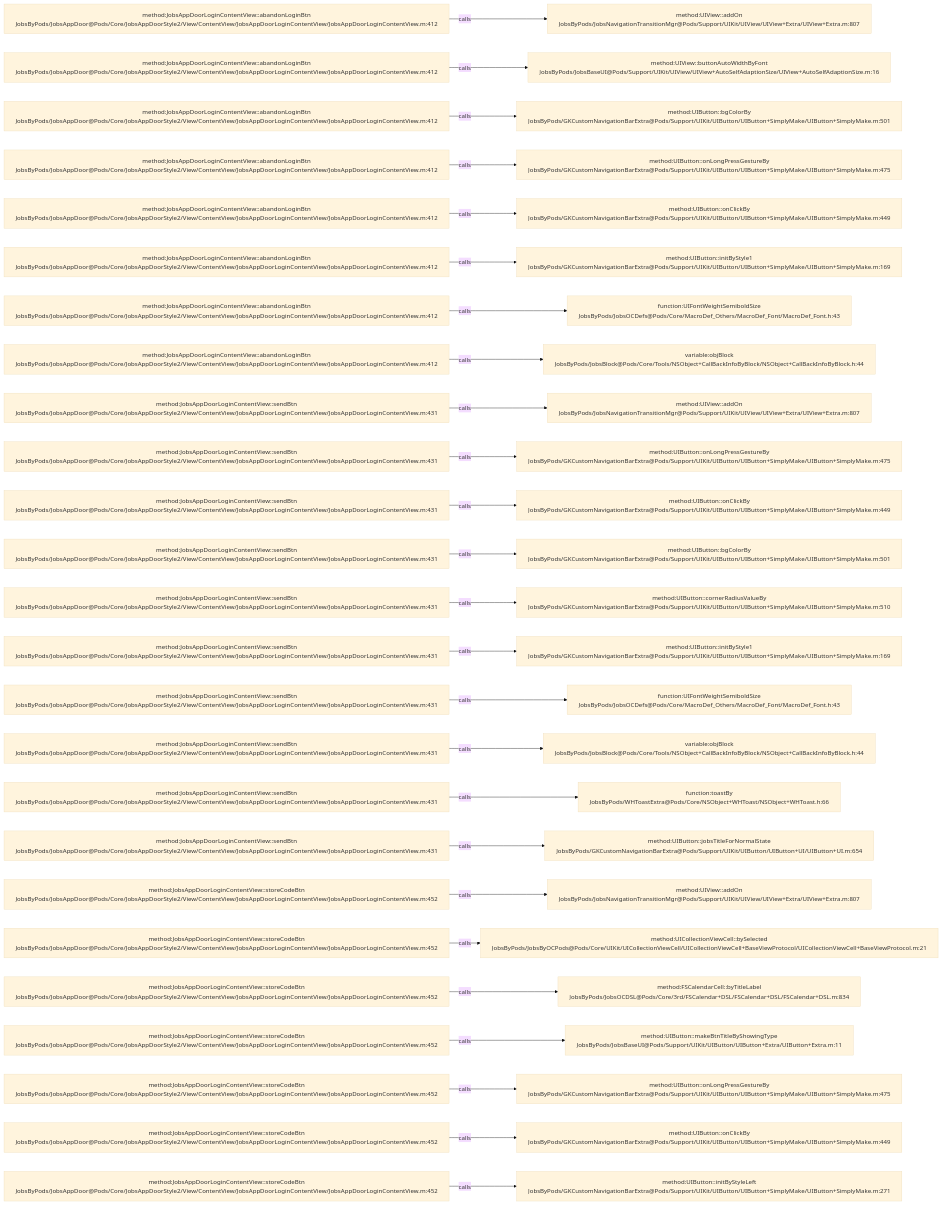
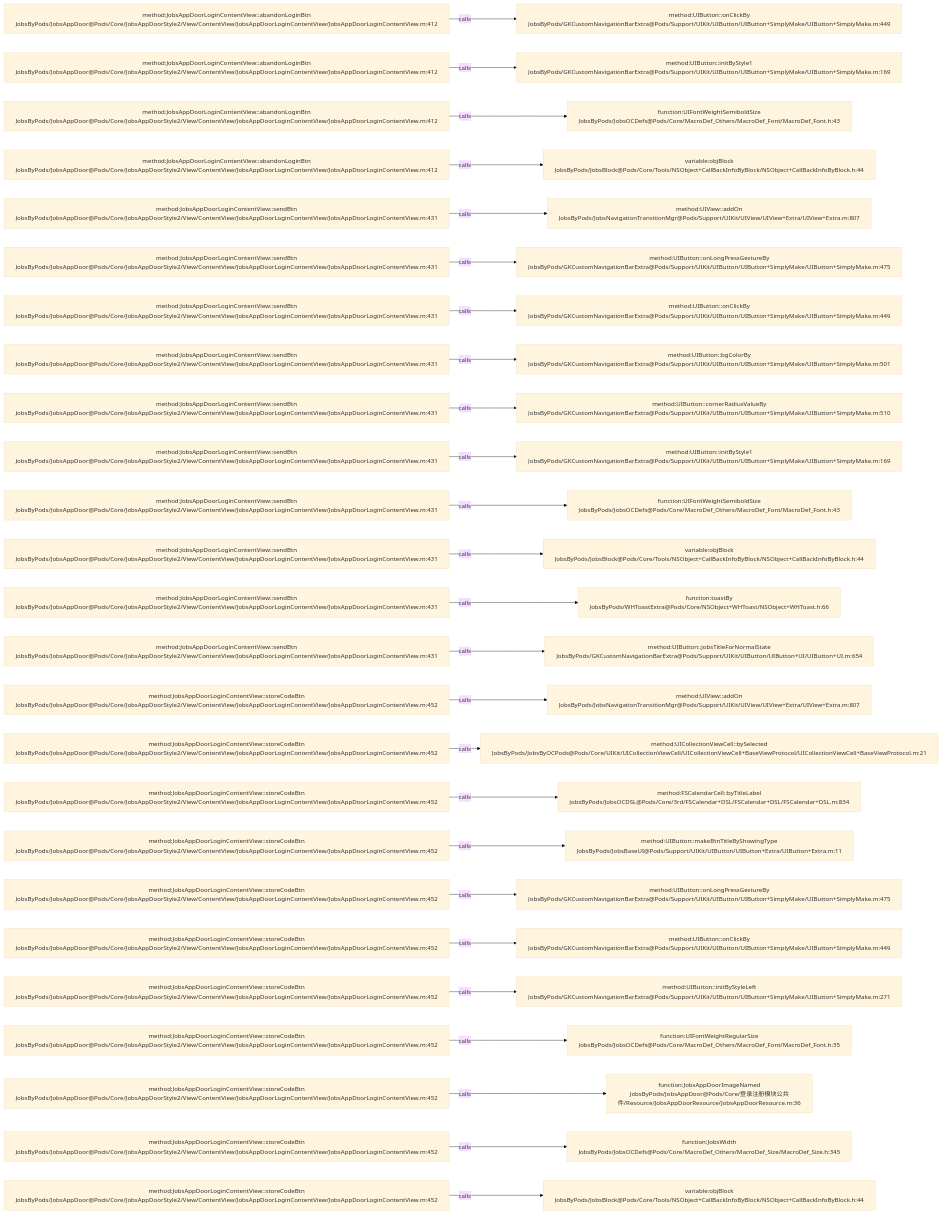
One commit to JobsKits/JobsOCBaseConfigDemo changed the diagram in .codegraph/codegraph.md/graphs/calls-122.md. Above: the diagram before and after it, drawn with Mermaid (base theme). The commit also changed 116 other files, not shown here.

````diff
--- a/.codegraph/codegraph.md/graphs/calls-122.md
+++ b/.codegraph/codegraph.md/graphs/calls-122.md
@@ -13,78 +13,78 @@
 ```mermaid
 flowchart LR
   S1["method:JobsAppDoorLoginContentView::abandonLoginBtn<br/>JobsByPods/JobsAppDoor@Pods/Core/JobsAppDoorStyle2/View/ContentView/JobsAppDoorLoginContentView/JobsAppDoorLoginContentView.m:412"]
-  T1["method:UIView::addOn<br/>JobsByPods/JobsNavigationTransitionMgr@Pods/Support/UIKit/UIView/UIView+Extra/UIView+Extra.m:807"]
+  T1["method:UIButton::onClickBy<br/>JobsByPods/GKCustomNavigationBarExtra@Pods/Support/UIKit/UIButton/UIButton+SimplyMake/UIButton+SimplyMake.m:449"]
   S1 -->|calls| T1
   S2["method:JobsAppDoorLoginContentView::abandonLoginBtn<br/>JobsByPods/JobsAppDoor@Pods/Core/JobsAppDoorStyle2/View/ContentView/JobsAppDoorLoginContentView/JobsAppDoorLoginContentView.m:412"]
-  T2["method:UIView::buttonAutoWidthByFont<br/>JobsByPods/JobsBaseUI@Pods/Support/UIKit/UIView/UIView+AutoSelfAdaptionSize/UIView+AutoSelfAdaptionSize.m:16"]
+  T2["method:UIButton::initByStyle1<br/>JobsByPods/GKCustomNavigationBarExtra@Pods/Support/UIKit/UIButton/UIButton+SimplyMake/UIButton+SimplyMake.m:169"]
   S2 -->|calls| T2
   S3["method:JobsAppDoorLoginContentView::abandonLoginBtn<br/>JobsByPods/JobsAppDoor@Pods/Core/JobsAppDoorStyle2/View/ContentView/JobsAppDoorLoginContentView/JobsAppDoorLoginContentView.m:412"]
-  T3["method:UIButton::bgColorBy<br/>JobsByPods/GKCustomNavigationBarExtra@Pods/Support/UIKit/UIButton/UIButton+SimplyMake/UIButton+SimplyMake.m:501"]
+  T3["function:UIFontWeightSemiboldSize<br/>JobsByPods/JobsOCDefs@Pods/Core/MacroDef_Others/MacroDef_Font/MacroDef_Font.h:43"]
   S3 -->|calls| T3
   S4["method:JobsAppDoorLoginContentView::abandonLoginBtn<br/>JobsByPods/JobsAppDoor@Pods/Core/JobsAppDoorStyle2/View/ContentView/JobsAppDoorLoginContentView/JobsAppDoorLoginContentView.m:412"]
-  T4["method:UIButton::onLongPressGestureBy<br/>JobsByPods/GKCustomNavigationBarExtra@Pods/Support/UIKit/UIButton/UIButton+SimplyMake/UIButton+SimplyMake.m:475"]
+  T4["variable:objBlock<br/>JobsByPods/JobsBlock@Pods/Core/Tools/NSObject+CallBackInfoByBlock/NSObject+CallBackInfoByBlock.h:44"]
   S4 -->|calls| T4
-  S5["method:JobsAppDoorLoginContentView::abandonLoginBtn<br/>JobsByPods/JobsAppDoor@Pods/Core/JobsAppDoorStyle2/View/ContentView/JobsAppDoorLoginContentView/JobsAppDoorLoginContentView.m:412"]
-  T5["method:UIButton::onClickBy<br/>JobsByPods/GKCustomNavigationBarExtra@Pods/Support/UIKit/UIButton/UIButton+SimplyMake/UIButton+SimplyMake.m:449"]
+  S5["method:JobsAppDoorLoginContentView::sendBtn<br/>JobsByPods/JobsAppDoor@Pods/Core/JobsAppDoorStyle2/View/ContentView/JobsAppDoorLoginContentView/JobsAppDoorLoginContentView.m:431"]
+  T5["method:UIView::addOn<br/>JobsByPods/JobsNavigationTransitionMgr@Pods/Support/UIKit/UIView/UIView+Extra/UIView+Extra.m:807"]
   S5 -->|calls| T5
-  S6["method:JobsAppDoorLoginContentView::abandonLoginBtn<br/>JobsByPods/JobsAppDoor@Pods/Core/JobsAppDoorStyle2/View/ContentView/JobsAppDoorLoginContentView/JobsAppDoorLoginContentView.m:412"]
-  T6["method:UIButton::initByStyle1<br/>JobsByPods/GKCustomNavigationBarExtra@Pods/Support/UIKit/UIButton/UIButton+SimplyMake/UIButton+SimplyMake.m:169"]
+  S6["method:JobsAppDoorLoginContentView::sendBtn<br/>JobsByPods/JobsAppDoor@Pods/Core/JobsAppDoorStyle2/View/ContentView/JobsAppDoorLoginContentView/JobsAppDoorLoginContentView.m:431"]
+  T6["method:UIButton::onLongPressGestureBy<br/>JobsByPods/GKCustomNavigationBarExtra@Pods/Support/UIKit/UIButton/UIButton+SimplyMake/UIButton+SimplyMake.m:475"]
   S6 -->|calls| T6
-  S7["method:JobsAppDoorLoginContentView::abandonLoginBtn<br/>JobsByPods/JobsAppDoor@Pods/Core/JobsAppDoorStyle2/View/ContentView/JobsAppDoorLoginContentView/JobsAppDoorLoginContentView.m:412"]
-  T7["function:UIFontWeightSemiboldSize<br/>JobsByPods/JobsOCDefs@Pods/Core/MacroDef_Others/MacroDef_Font/MacroDef_Font.h:43"]
+  S7["method:JobsAppDoorLoginContentView::sendBtn<br/>JobsByPods/JobsAppDoor@Pods/Core/JobsAppDoorStyle2/View/ContentView/JobsAppDoorLoginContentView/JobsAppDoorLoginContentView.m:431"]
+  T7["method:UIButton::onClickBy<br/>JobsByPods/GKCustomNavigationBarExtra@Pods/Support/UIKit/UIButton/UIButton+SimplyMake/UIButton+SimplyMake.m:449"]
   S7 -->|calls| T7
-  S8["method:JobsAppDoorLoginContentView::abandonLoginBtn<br/>JobsByPods/JobsAppDoor@Pods/Core/JobsAppDoorStyle2/View/ContentView/JobsAppDoorLoginContentView/JobsAppDoorLoginContentView.m:412"]
-  T8["variable:objBlock<br/>JobsByPods/JobsBlock@Pods/Core/Tools/NSObject+CallBackInfoByBlock/NSObject+CallBackInfoByBlock.h:44"]
+  S8["method:JobsAppDoorLoginContentView::sendBtn<br/>JobsByPods/JobsAppDoor@Pods/Core/JobsAppDoorStyle2/View/ContentView/JobsAppDoorLoginContentView/JobsAppDoorLoginContentView.m:431"]
+  T8["method:UIButton::bgColorBy<br/>JobsByPods/GKCustomNavigationBarExtra@Pods/Support/UIKit/UIButton/UIButton+SimplyMake/UIButton+SimplyMake.m:501"]
   S8 -->|calls| T8
   S9["method:JobsAppDoorLoginContentView::sendBtn<br/>JobsByPods/JobsAppDoor@Pods/Core/JobsAppDoorStyle2/View/ContentView/JobsAppDoorLoginContentView/JobsAppDoorLoginContentView.m:431"]
-  T9["method:UIView::addOn<br/>JobsByPods/JobsNavigationTransitionMgr@Pods/Support/UIKit/UIView/UIView+Extra/UIView+Extra.m:807"]
+  T9["method:UIButton::cornerRadiusValueBy<br/>JobsByPods/GKCustomNavigationBarExtra@Pods/Support/UIKit/UIButton/UIButton+SimplyMake/UIButton+SimplyMake.m:510"]
   S9 -->|calls| T9
   S10["method:JobsAppDoorLoginContentView::sendBtn<br/>JobsByPods/JobsAppDoor@Pods/Core/JobsAppDoorStyle2/View/ContentView/JobsAppDoorLoginContentView/JobsAppDoorLoginContentView.m:431"]
-  T10["method:UIButton::onLongPressGestureBy<br/>JobsByPods/GKCustomNavigationBarExtra@Pods/Support/UIKit/UIButton/UIButton+SimplyMake/UIButton+SimplyMake.m:475"]
+  T10["method:UIButton::initByStyle1<br/>JobsByPods/GKCustomNavigationBarExtra@Pods/Support/UIKit/UIButton/UIButton+SimplyMake/UIButton+SimplyMake.m:169"]
   S10 -->|calls| T10
   S11["method:JobsAppDoorLoginContentView::sendBtn<br/>JobsByPods/JobsAppDoor@Pods/Core/JobsAppDoorStyle2/View/ContentView/JobsAppDoorLoginContentView/JobsAppDoorLoginContentView.m:431"]
-  T11["method:UIButton::onClickBy<br/>JobsByPods/GKCustomNavigationBarExtra@Pods/Support/UIKit/UIButton/UIButton+SimplyMake/UIButton+SimplyMake.m:449"]
+  T11["function:UIFontWeightSemiboldSize<br/>JobsByPods/JobsOCDefs@Pods/Core/MacroDef_Others/MacroDef_Font/MacroDef_Font.h:43"]
   S11 -->|calls| T11
   S12["method:JobsAppDoorLoginContentView::sendBtn<br/>JobsByPods/JobsAppDoor@Pods/Core/JobsAppDoorStyle2/View/ContentView/JobsAppDoorLoginContentView/JobsAppDoorLoginContentView.m:431"]
-  T12["method:UIButton::bgColorBy<br/>JobsByPods/GKCustomNavigationBarExtra@Pods/Support/UIKit/UIButton/UIButton+SimplyMake/UIButton+SimplyMake.m:501"]
+  T12["variable:objBlock<br/>JobsByPods/JobsBlock@Pods/Core/Tools/NSObject+CallBackInfoByBlock/NSObject+CallBackInfoByBlock.h:44"]
   S12 -->|calls| T12
   S13["method:JobsAppDoorLoginContentView::sendBtn<br/>JobsByPods/JobsAppDoor@Pods/Core/JobsAppDoorStyle2/View/ContentView/JobsAppDoorLoginContentView/JobsAppDoorLoginContentView.m:431"]
-  T13["method:UIButton::cornerRadiusValueBy<br/>JobsByPods/GKCustomNavigationBarExtra@Pods/Support/UIKit/UIButton/UIButton+SimplyMake/UIButton+SimplyMake.m:510"]
+  T13["function:toastBy<br/>JobsByPods/WHToastExtra@Pods/Core/NSObject+WHToast/NSObject+WHToast.h:66"]
   S13 -->|calls| T13
   S14["method:JobsAppDoorLoginContentView::sendBtn<br/>JobsByPods/JobsAppDoor@Pods/Core/JobsAppDoorStyle2/View/ContentView/JobsAppDoorLoginContentView/JobsAppDoorLoginContentView.m:431"]
-  T14["method:UIButton::initByStyle1<br/>JobsByPods/GKCustomNavigationBarExtra@Pods/Support/UIKit/UIButton/UIButton+SimplyMake/UIButton+SimplyMake.m:169"]
+  T14["method:UIButton::jobsTitleForNormalState<br/>JobsByPods/GKCustomNavigationBarExtra@Pods/Support/UIKit/UIButton/UIButton+UI/UIButton+UI.m:654"]
   S14 -->|calls| T14
-  S15["method:JobsAppDoorLoginContentView::sendBtn<br/>JobsByPods/JobsAppDoor@Pods/Core/JobsAppDoorStyle2/View/ContentView/JobsAppDoorLoginContentView/JobsAppDoorLoginContentView.m:431"]
-  T15["function:UIFontWeightSemiboldSize<br/>JobsByPods/JobsOCDefs@Pods/Core/MacroDef_Others/MacroDef_Font/MacroDef_Font.h:43"]
+  S15["method:JobsAppDoorLoginContentView::storeCodeBtn<br/>JobsByPods/JobsAppDoor@Pods/Core/JobsAppDoorStyle2/View/ContentView/JobsAppDoorLoginContentView/JobsAppDoorLoginContentView.m:452"]
+  T15["method:UIView::addOn<br/>JobsByPods/JobsNavigationTransitionMgr@Pods/Support/UIKit/UIView/UIView+Extra/UIView+Extra.m:807"]
   S15 -->|calls| T15
-  S16["method:JobsAppDoorLoginContentView::sendBtn<br/>JobsByPods/JobsAppDoor@Pods/Core/JobsAppDoorStyle2/View/ContentView/JobsAppDoorLoginContentView/JobsAppDoorLoginContentView.m:431"]
-  T16["variable:objBlock<br/>JobsByPods/JobsBlock@Pods/Core/Tools/NSObject+CallBackInfoByBlock/NSObject+CallBackInfoByBlock.h:44"]
+  S16["method:JobsAppDoorLoginContentView::storeCodeBtn<br/>JobsByPods/JobsAppDoor@Pods/Core/JobsAppDoorStyle2/View/ContentView/JobsAppDoorLoginContentView/JobsAppDoorLoginContentView.m:452"]
+  T16["method:UICollectionViewCell::bySelected<br/>JobsByPods/JobsByOCPods@Pods/Core/UIKit/UICollectionViewCell/UICollectionViewCell+BaseViewProtocol/UICollectionViewCell+BaseViewProtocol.m:21"]
   S16 -->|calls| T16
-  S17["method:JobsAppDoorLoginContentView::sendBtn<br/>JobsByPods/JobsAppDoor@Pods/Core/JobsAppDoorStyle2/View/ContentView/JobsAppDoorLoginContentView/JobsAppDoorLoginContentView.m:431"]
-  T17["function:toastBy<br/>JobsByPods/WHToastExtra@Pods/Core/NSObject+WHToast/NSObject+WHToast.h:66"]
+  S17["method:JobsAppDoorLoginContentView::storeCodeBtn<br/>JobsByPods/JobsAppDoor@Pods/Core/JobsAppDoorStyle2/View/ContentView/JobsAppDoorLoginContentView/JobsAppDoorLoginContentView.m:452"]
+  T17["method:FSCalendarCell::byTitleLabel<br/>JobsByPods/JobsOCDSL@Pods/Core/3rd/FSCalendar+DSL/FSCalendar+DSL/FSCalendar+DSL.m:834"]
   S17 -->|calls| T17
-  S18["method:JobsAppDoorLoginContentView::sendBtn<br/>JobsByPods/JobsAppDoor@Pods/Core/JobsAppDoorStyle2/View/ContentView/JobsAppDoorLoginContentView/JobsAppDoorLoginContentView.m:431"]
-  T18["method:UIButton::jobsTitleForNormalState<br/>JobsByPods/GKCustomNavigationBarExtra@Pods/Support/UIKit/UIButton/UIButton+UI/UIButton+UI.m:654"]
+  S18["method:JobsAppDoorLoginContentView::storeCodeBtn<br/>JobsByPods/JobsAppDoor@Pods/Core/JobsAppDoorStyle2/View/ContentView/JobsAppDoorLoginContentView/JobsAppDoorLoginContentView.m:452"]
+  T18["method:UIButton::makeBtnTitleByShowingType<br/>JobsByPods/JobsBaseUI@Pods/Support/UIKit/UIButton/UIButton+Extra/UIButton+Extra.m:11"]
   S18 -->|calls| T18
   S19["method:JobsAppDoorLoginContentView::storeCodeBtn<br/>JobsByPods/JobsAppDoor@Pods/Core/JobsAppDoorStyle2/View/ContentView/JobsAppDoorLoginContentView/JobsAppDoorLoginContentView.m:452"]
-  T19["method:UIView::addOn<br/>JobsByPods/JobsNavigationTransitionMgr@Pods/Support/UIKit/UIView/UIView+Extra/UIView+Extra.m:807"]
+  T19["method:UIButton::onLongPressGestureBy<br/>JobsByPods/GKCustomNavigationBarExtra@Pods/Support/UIKit/UIButton/UIButton+SimplyMake/UIButton+SimplyMake.m:475"]
   S19 -->|calls| T19
   S20["method:JobsAppDoorLoginContentView::storeCodeBtn<br/>JobsByPods/JobsAppDoor@Pods/Core/JobsAppDoorStyle2/View/ContentView/JobsAppDoorLoginContentView/JobsAppDoorLoginContentView.m:452"]
-  T20["method:UICollectionViewCell::bySelected<br/>JobsByPods/JobsByOCPods@Pods/Core/UIKit/UICollectionViewCell/UICollectionViewCell+BaseViewProtocol/UICollectionViewCell+BaseViewProtocol.m:21"]
+  T20["method:UIButton::onClickBy<br/>JobsByPods/GKCustomNavigationBarExtra@Pods/Support/UIKit/UIButton/UIButton+SimplyMake/UIButton+SimplyMake.m:449"]
   S20 -->|calls| T20
   S21["method:JobsAppDoorLoginContentView::storeCodeBtn<br/>JobsByPods/JobsAppDoor@Pods/Core/JobsAppDoorStyle2/View/ContentView/JobsAppDoorLoginContentView/JobsAppDoorLoginContentView.m:452"]
-  T21["method:FSCalendarCell::byTitleLabel<br/>JobsByPods/JobsOCDSL@Pods/Core/3rd/FSCalendar+DSL/FSCalendar+DSL/FSCalendar+DSL.m:834"]
+  T21["method:UIButton::initByStyleLeft<br/>JobsByPods/GKCustomNavigationBarExtra@Pods/Support/UIKit/UIButton/UIButton+SimplyMake/UIButton+SimplyMake.m:271"]
   S21 -->|calls| T21
   S22["method:JobsAppDoorLoginContentView::storeCodeBtn<br/>JobsByPods/JobsAppDoor@Pods/Core/JobsAppDoorStyle2/View/ContentView/JobsAppDoorLoginContentView/JobsAppDoorLoginContentView.m:452"]
-  T22["method:UIButton::makeBtnTitleByShowingType<br/>JobsByPods/JobsBaseUI@Pods/Support/UIKit/UIButton/UIButton+Extra/UIButton+Extra.m:11"]
+  T22["function:UIFontWeightRegularSize<br/>JobsByPods/JobsOCDefs@Pods/Core/MacroDef_Others/MacroDef_Font/MacroDef_Font.h:35"]
   S22 -->|calls| T22
   S23["method:JobsAppDoorLoginContentView::storeCodeBtn<br/>JobsByPods/JobsAppDoor@Pods/Core/JobsAppDoorStyle2/View/ContentView/JobsAppDoorLoginContentView/JobsAppDoorLoginContentView.m:452"]
-  T23["method:UIButton::onLongPressGestureBy<br/>JobsByPods/GKCustomNavigationBarExtra@Pods/Support/UIKit/UIButton/UIButton+SimplyMake/UIButton+SimplyMake.m:475"]
+  T23["function:JobsAppDoorImageNamed<br/>JobsByPods/JobsAppDoor@Pods/Core/登录注册模块公共件/Resource/JobsAppDoorResource/JobsAppDoorResource.m:36"]
   S23 -->|calls| T23
   S24["method:JobsAppDoorLoginContentView::storeCodeBtn<br/>JobsByPods/JobsAppDoor@Pods/Core/JobsAppDoorStyle2/View/ContentView/JobsAppDoorLoginContentView/JobsAppDoorLoginContentView.m:452"]
-  T24["method:UIButton::onClickBy<br/>JobsByPods/GKCustomNavigationBarExtra@Pods/Support/UIKit/UIButton/UIButton+SimplyMake/UIButton+SimplyMake.m:449"]
+  T24["function:JobsWidth<br/>JobsByPods/JobsOCDefs@Pods/Core/MacroDef_Others/MacroDef_Size/MacroDef_Size.h:345"]
   S24 -->|calls| T24
   S25["method:JobsAppDoorLoginContentView::storeCodeBtn<br/>JobsByPods/JobsAppDoor@Pods/Core/JobsAppDoorStyle2/View/ContentView/JobsAppDoorLoginContentView/JobsAppDoorLoginContentView.m:452"]
-  T25["method:UIButton::initByStyleLeft<br/>JobsByPods/GKCustomNavigationBarExtra@Pods/Support/UIKit/UIButton/UIButton+SimplyMake/UIButton+SimplyMake.m:271"]
+  T25["variable:objBlock<br/>JobsByPods/JobsBlock@Pods/Core/Tools/NSObject+CallBackInfoByBlock/NSObject+CallBackInfoByBlock.h:44"]
   S25 -->|calls| T25
 ```
````
